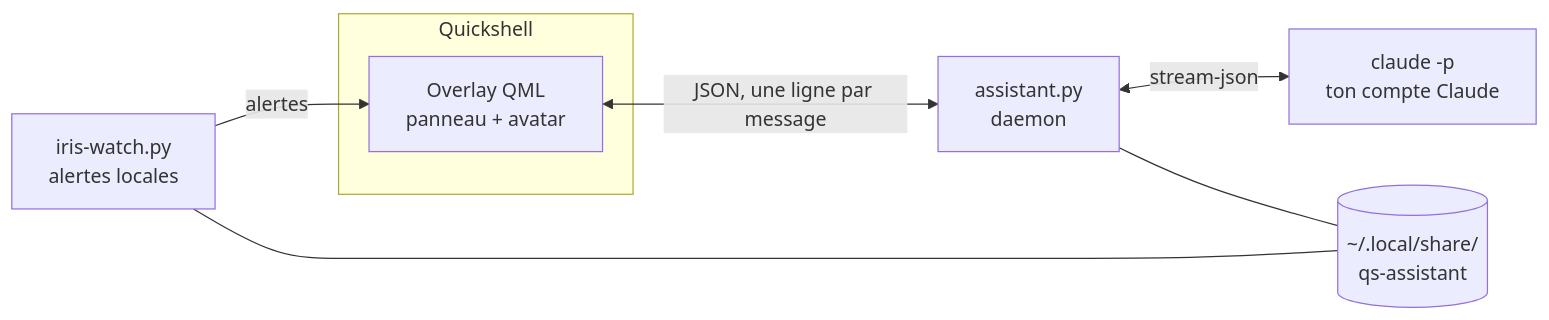
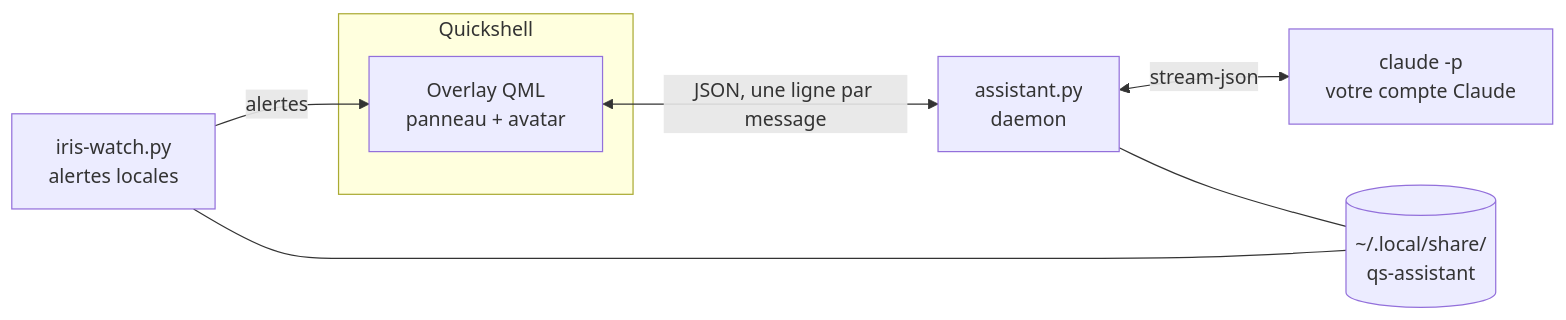
The diagram in README.md (mincozz/Iris), drawn with Mermaid before and after one commit. The commit also changed other lines of this file and 9 other files, not shown here.

````diff
--- a/README.md
+++ b/README.md
@@ -162,15 +166,15 @@
 ```mermaid
 flowchart LR
     subgraph QS["Quickshell"]
         O["Overlay QML<br/>panneau + avatar"]
     end
     D["assistant.py<br/>daemon"]
-    C["claude -p<br/>ton compte Claude"]
+    C["claude -p<br/>votre compte Claude"]
     W["iris-watch.py<br/>alertes locales"]
     S[("~/.local/share/<br/>qs-assistant")]
     O <-->|"JSON, une ligne par message"| D
     D <-->|"stream-json"| C
     W -->|"alertes"| O
     D --- S
     W --- S
 ```
````
